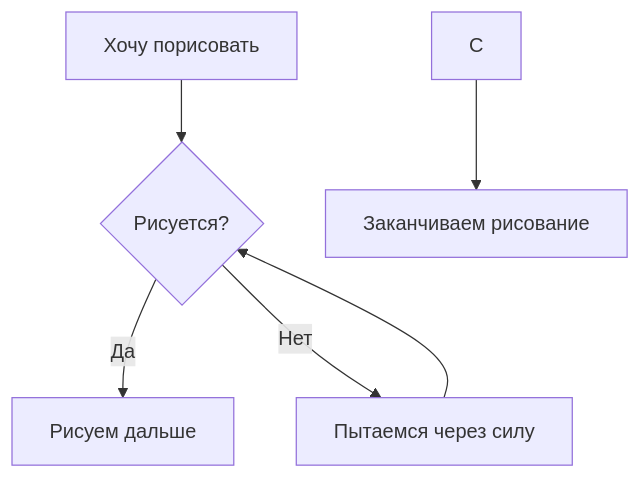
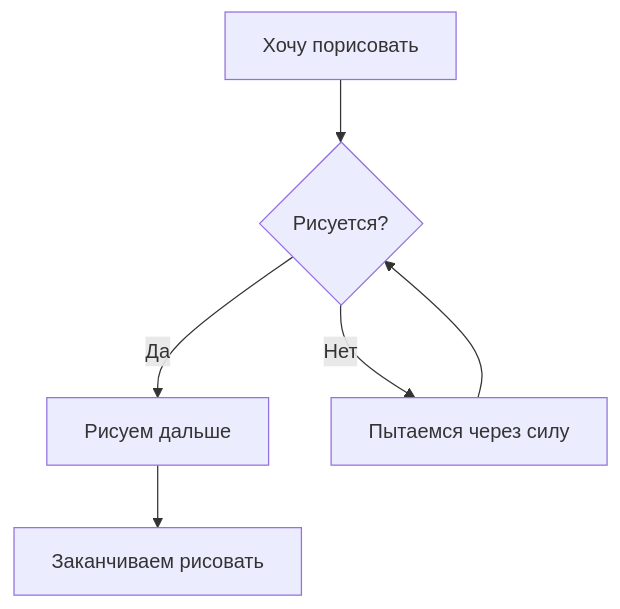
Before and after one commit to Hoshimi101/m: the diagram in minh.md, drawn with Mermaid.

Commit message:
второй

````diff
--- a/minh.md
+++ b/minh.md
@@ -31,8 +31,7 @@
 ```mermaid
 graph TD
   A[Хочу порисовать] --> B{Рисуется?}
-  B --> |Да| C[Рисуем дальше]
+  B --> |Да| C[Рисуем дальше] --> G[Заканчиваем рисовать]
   B --> |Нет| D[Пытаемся через силу]
-  С --> G[Заканчиваем рисование]
   D --> B
   ```
````
